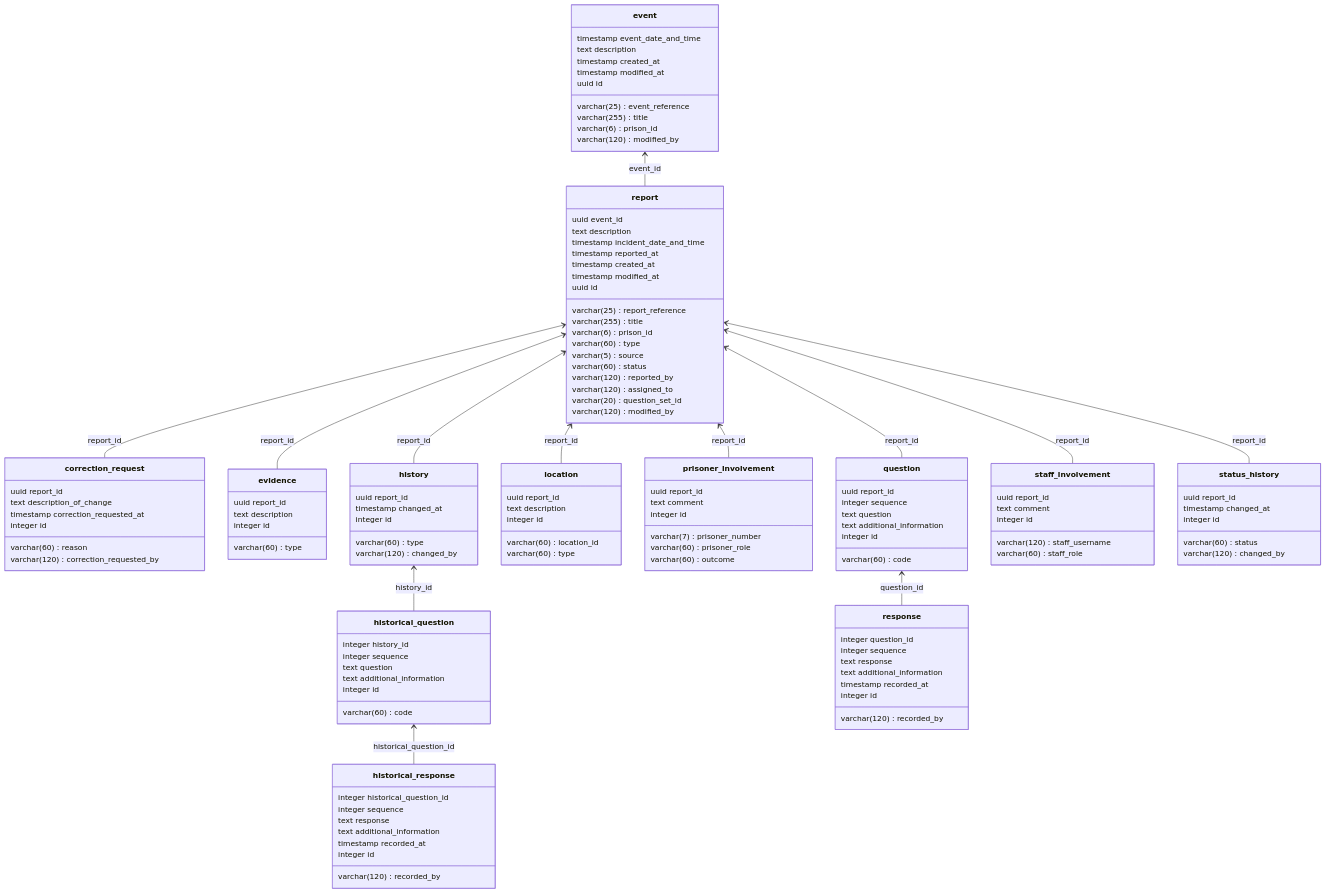
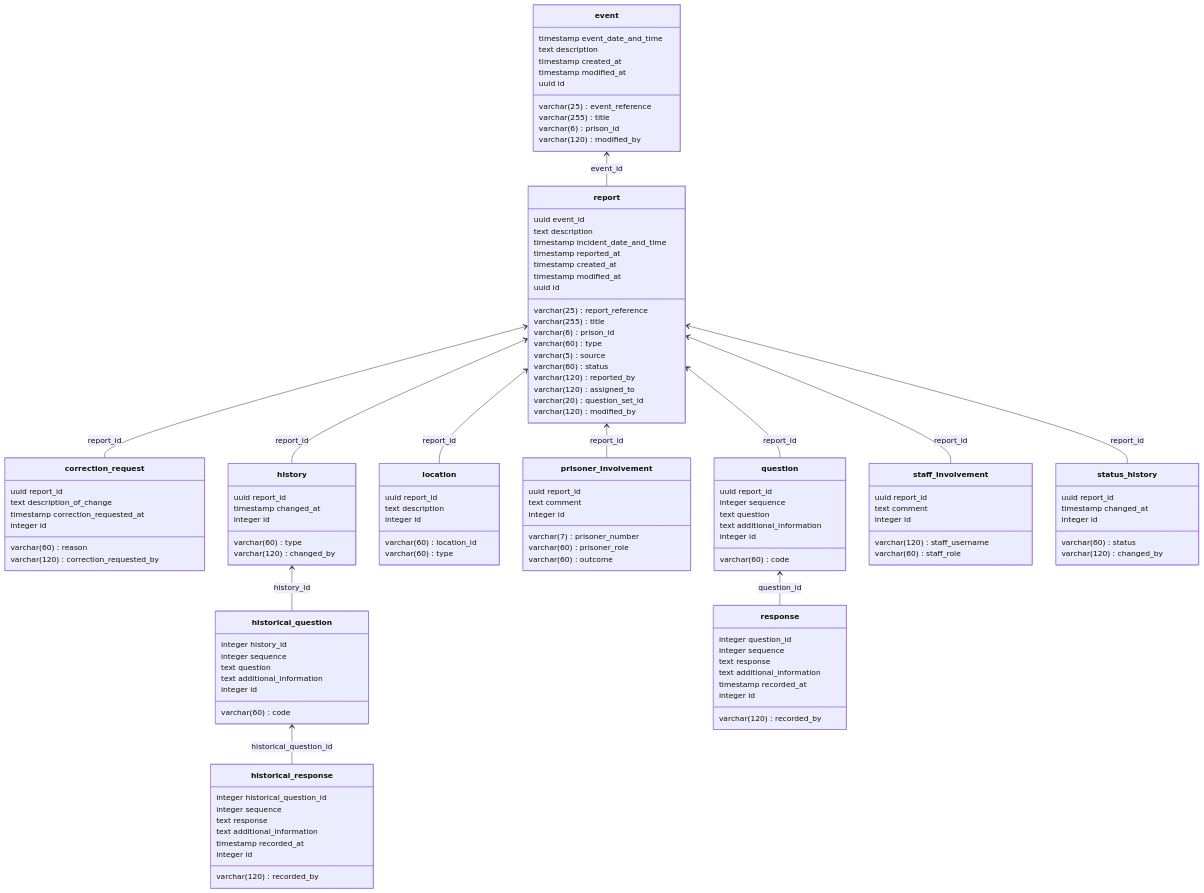
The second of 2 diagrams in docs/0004-modeling-irs.md (ministryofjustice/hmpps-incident-reporting-api), drawn with Mermaid before and after one commit. The commit also changed other lines of this file and 28 other files, not shown here.

```diff
--- a/docs/0004-modeling-irs.md
+++ b/docs/0004-modeling-irs.md
@@ -153,12 +148,6 @@
         varchar(120) modified_by
         timestamp modified_at
         uuid id
-    }
-    class evidence {
-        uuid report_id
-        varchar(60) type
-        text description
-        integer id
     }
     class historical_question {
         integer history_id
@@ -251,7 +240,6 @@
     }
 
 correction_request  -->  report : report_id
-evidence  -->  report : report_id
 historical_question  -->  history : history_id
 historical_response  -->  historical_question : historical_question_id
 history  -->  report : report_id
```
